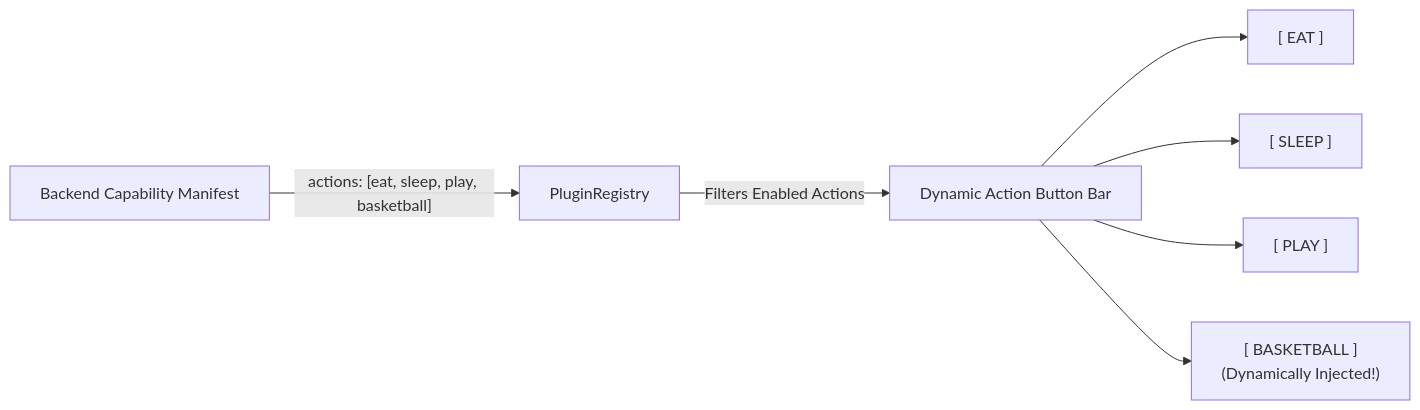
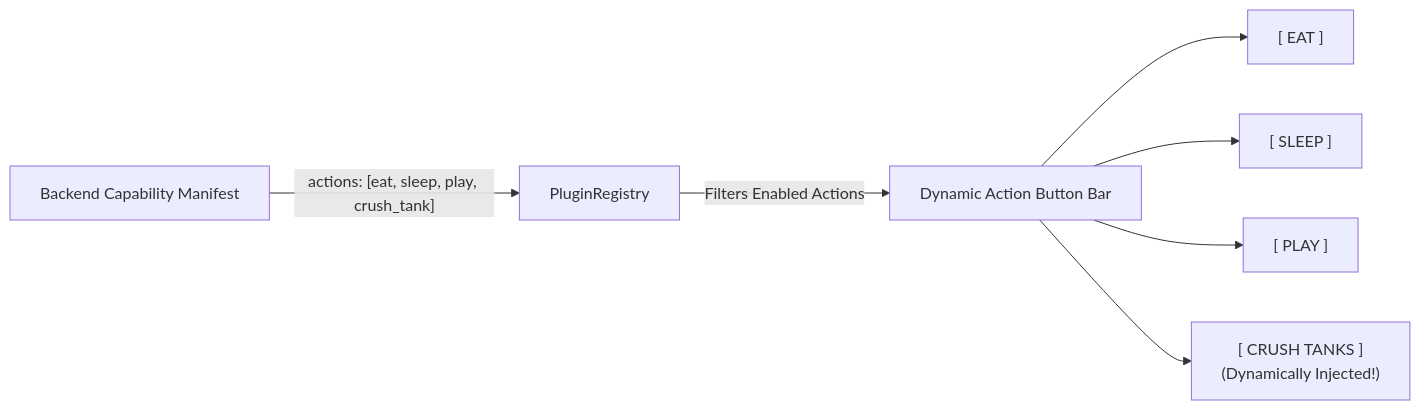
One commit to TheMrCorvy/HATCH.REF changed the diagram in Documentation/Plugins/02-user-triggered-actions.md. Above: the diagram before and after it, drawn with Mermaid. The commit also changed other lines of this file and 34 other files, not shown here.

````diff
--- a/Documentation/Plugins/02-user-triggered-actions.md
+++ b/Documentation/Plugins/02-user-triggered-actions.md
@@ -13,9 +13,9 @@
 ```mermaid
 flowchart LR
-    Backend["Backend Capability Manifest"] -->|"actions: [eat, sleep, play, basketball]"| Registry["PluginRegistry"]
+    Backend["Backend Capability Manifest"] -->|"actions: [eat, sleep, play, crush_tank]"| Registry["PluginRegistry"]
     Registry -->|"Filters Enabled Actions"| UIRow["Dynamic Action Button Bar"]
     UIRow --> Btn1["[ EAT ]"]
     UIRow --> Btn2["[ SLEEP ]"]
     UIRow --> Btn3["[ PLAY ]"]
-    UIRow --> Btn4["[ BASKETBALL ]\n(Dynamically Injected!)"]
+    UIRow --> Btn4["[ CRUSH TANKS ]\n(Dynamically Injected!)"]
 ```
````
